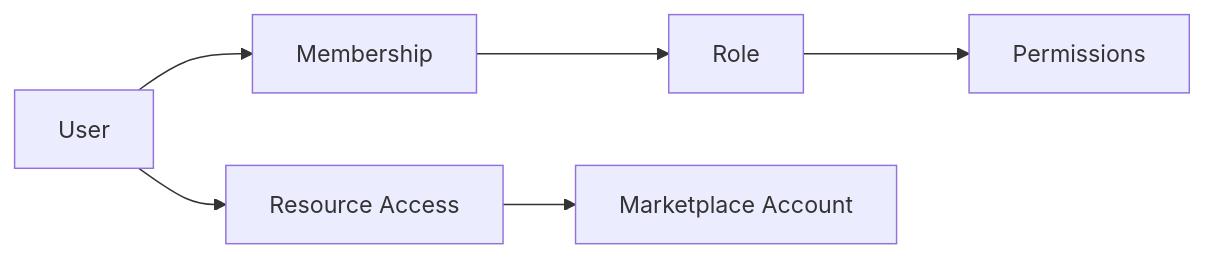
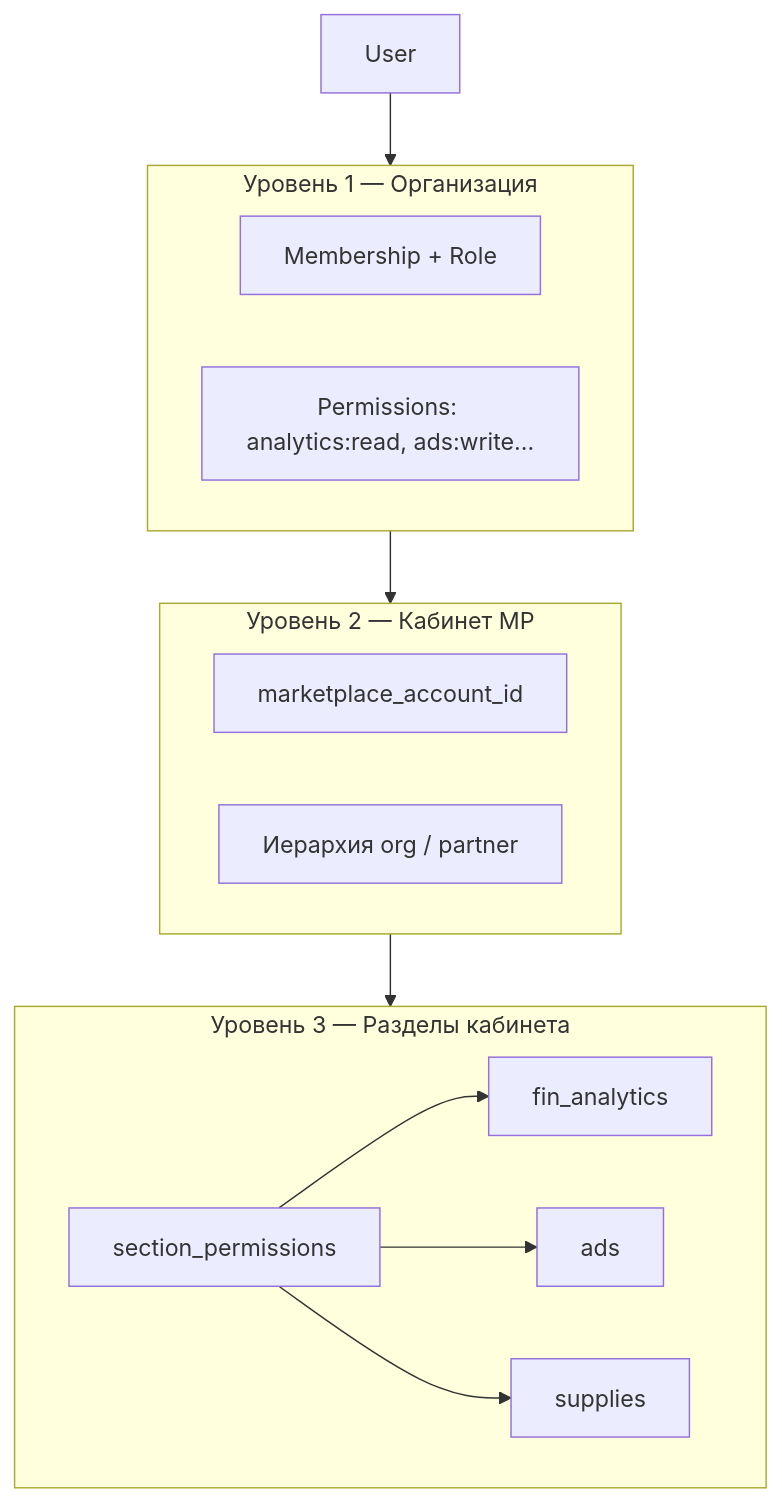
The diagram in architecture/access-control.md (MarketHackerLabs/docs), drawn with Mermaid before and after one commit. The commit also changed other lines of this file and 4 other files, not shown here.

````diff
--- a/architecture/access-control.md
+++ b/architecture/access-control.md
@@ -20,8 +7,21 @@
 ```mermaid
-flowchart LR
-    USER[User] --> MEM[Membership]
-    MEM --> ROLE[Role]
-    ROLE --> PERM[Permissions]
-    USER --> RES[Resource Access]
-    RES --> MPA[Marketplace Account]
+flowchart TB
+    subgraph L1 [Уровень 1 — Организация]
+        MEM[Membership + Role]
+        PERM[Permissions: analytics:read, ads:write...]
+    end
+
+    subgraph L2 [Уровень 2 — Кабинет MP]
+        BIND[marketplace_account_id]
+        PARTNER[Иерархия org / partner]
+    end
+
+    subgraph L3 [Уровень 3 — Разделы кабинета]
+        SEC[section_permissions]
+        SEC --> FIN[fin_analytics]
+        SEC --> ADS[ads]
+        SEC --> SUP[supplies]
+    end
+
+    USER[User] --> L1 --> L2 --> L3
 ```
````
